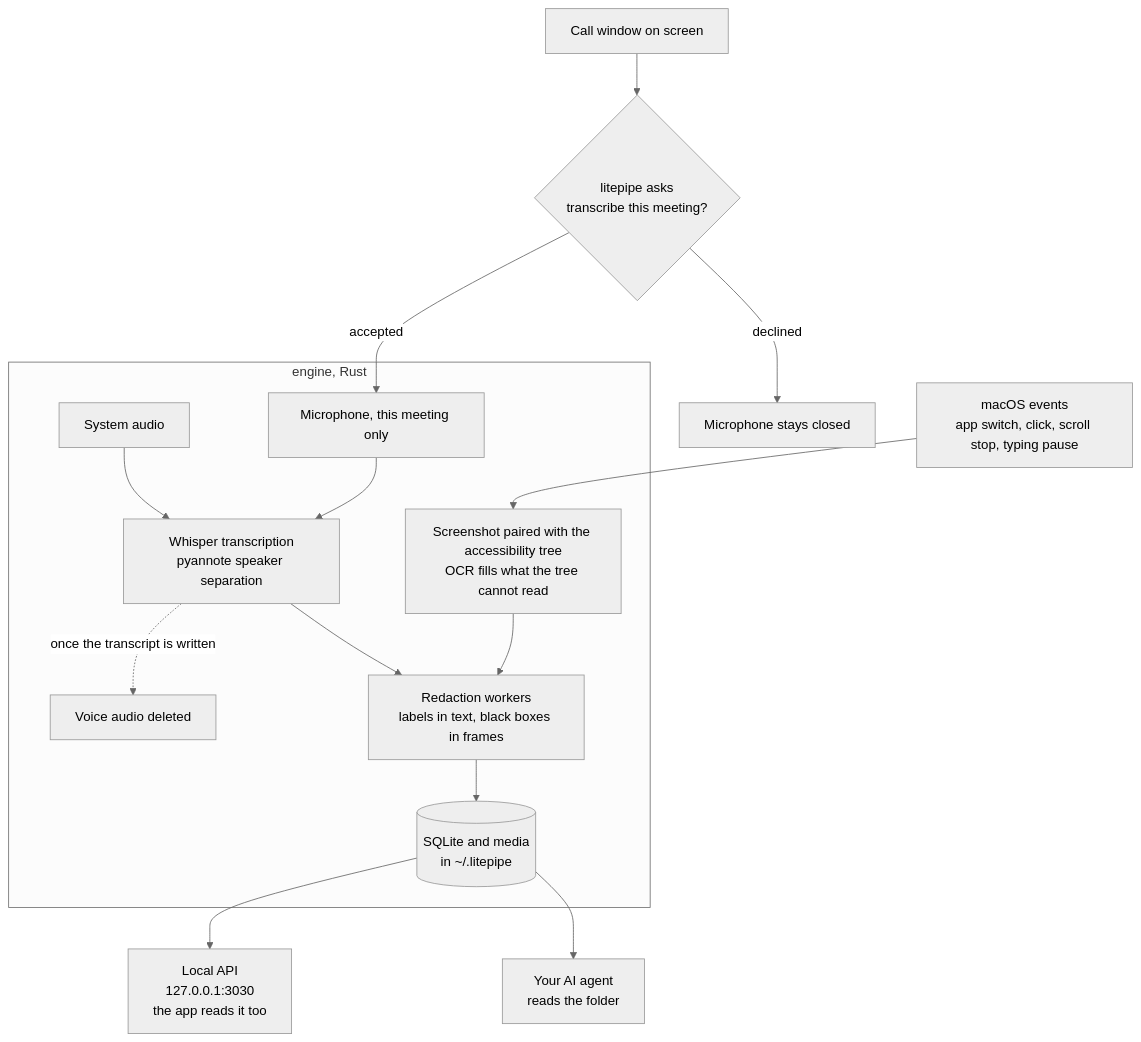
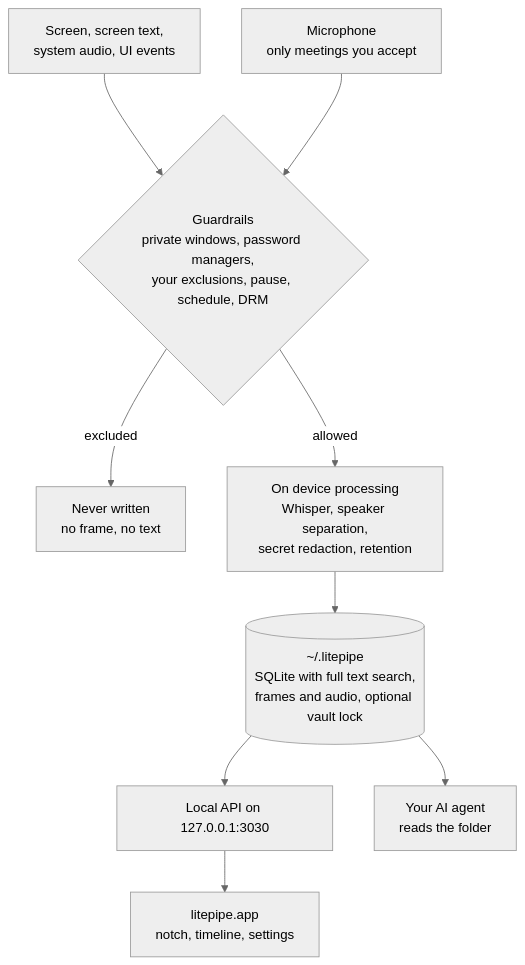
One commit to Rafaelpta/litepipe changed the diagram in README.md. Above: the diagram before and after it, drawn with Mermaid (neutral theme). The commit also changed other lines of this file, not shown here.

Commit message:
docs: platform level architecture diagram and redaction internals

````diff
--- a/README.md
+++ b/README.md
@@ -117,21 +122,12 @@
 ```mermaid
 flowchart TD
-    EV["macOS events<br/>app switch, click, scroll stop, typing pause"]
-    CALL["Call window on screen"] --> ASK{"litepipe asks<br/>transcribe this meeting?"}
-    ASK -->|"declined"| CLOSED["Microphone stays closed"]
-
-    subgraph ENGINE["engine, Rust"]
-        CAP["Screenshot paired with the accessibility tree<br/>OCR fills what the tree cannot read"]
-        MIC["Microphone, this meeting only"] --> STT
-        SYS["System audio"] --> STT["Whisper transcription<br/>pyannote speaker separation"]
-        STT -.->|"once the transcript is written"| DEL["Voice audio deleted"]
-        CAP --> RED
-        STT --> RED["Redaction workers<br/>labels in text, black boxes in frames"]
-        RED --> STORE[("SQLite and media<br/>in ~/.litepipe")]
-    end
-
-    EV --> CAP
-    ASK -->|"accepted"| MIC
-    STORE --> API["Local API<br/>127.0.0.1:3030<br/>the app reads it too"]
-    STORE --> AGENT["Your AI agent<br/>reads the folder"]
+    SRC["Screen, screen text,<br/>system audio, UI events"] --> GATE
+    MIC["Microphone<br/>only meetings you accept"] --> GATE
+    GATE{"Guardrails<br/>private windows, password managers,<br/>your exclusions, pause, schedule, DRM"}
+    GATE -->|"excluded"| DROP["Never written<br/>no frame, no text"]
+    GATE -->|"allowed"| PROC["On device processing<br/>Whisper, speaker separation,<br/>secret redaction, retention"]
+    PROC --> DISK[("~/.litepipe<br/>SQLite with full text search,<br/>frames and audio, optional vault lock")]
+    DISK --> API["Local API on 127.0.0.1:3030"]
+    DISK --> AGENT["Your AI agent<br/>reads the folder"]
+    API --> APP["litepipe.app<br/>notch, timeline, settings"]
 ```
````
